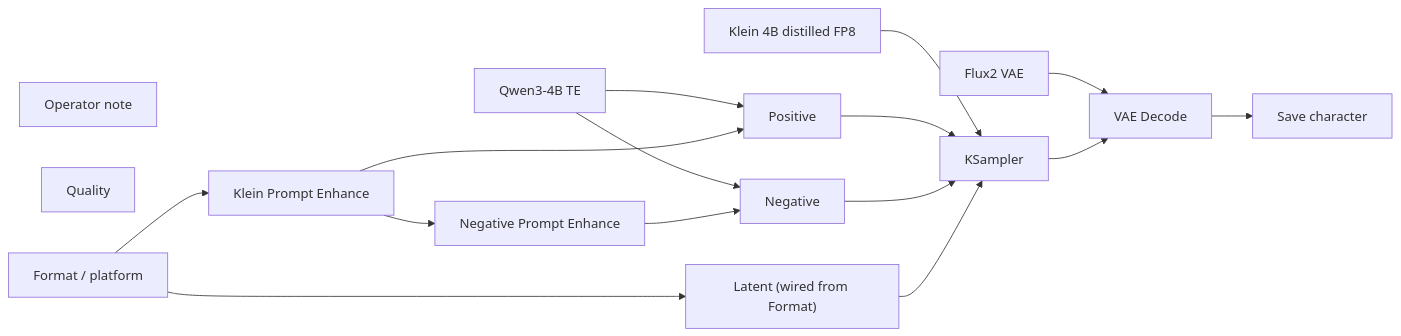
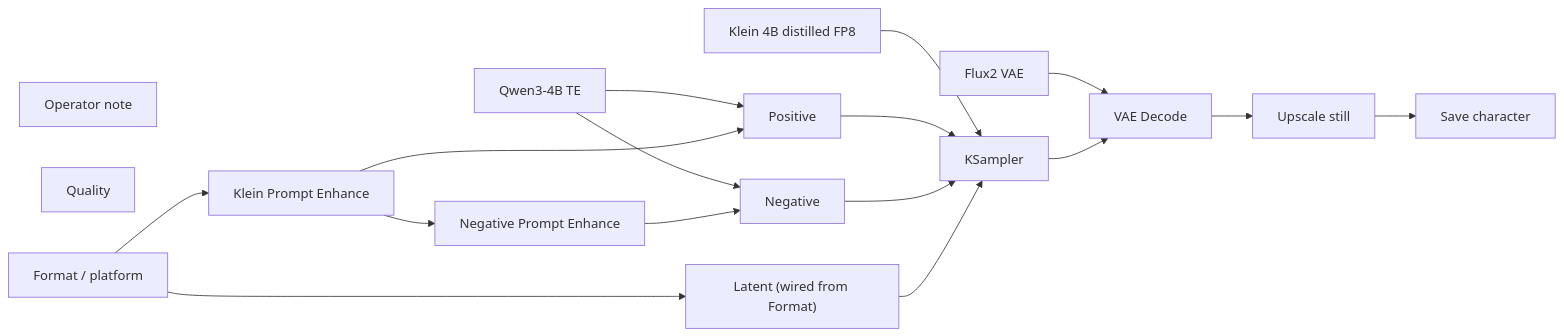
The diagram in docs/generated/workflows/stills/character-draft.md (toxicoder/ez-comfy-stack), drawn with Mermaid before and after one commit. The commit also changed other lines of this file and 405 other files, not shown here.

First line of the commit message:
feat: add still upscale, describe-in-enhance, and background-swap App

````diff
--- a/docs/generated/workflows/stills/character-draft.md
+++ b/docs/generated/workflows/stills/character-draft.md
@@ -52,31 +52,33 @@
 ```mermaid
 flowchart LR
   N1["Klein 4B distilled FP8"]
   N2["Qwen3-4B TE"]
   N3["Flux2 VAE"]
   N4["Positive"]
   N5["Negative"]
   N6["Latent (wired from Format)"]
   N7["KSampler"]
   N8["VAE Decode"]
   N9["Save character"]
   N10["Operator note"]
   N11["Klein Prompt Enhance"]
   N12["Negative Prompt Enhance"]
   N13["Quality"]
   N14["Format / platform"]
+  N15["Upscale still"]
   N1 --> N7
   N2 --> N4
   N2 --> N5
   N3 --> N8
   N4 --> N7
   N5 --> N7
   N6 --> N7
   N7 --> N8
-  N8 --> N9
+  N8 --> N15
   N11 --> N4
   N11 --> N12
   N12 --> N5
   N14 --> N6
   N14 --> N11
+  N15 --> N9
 ```
````
